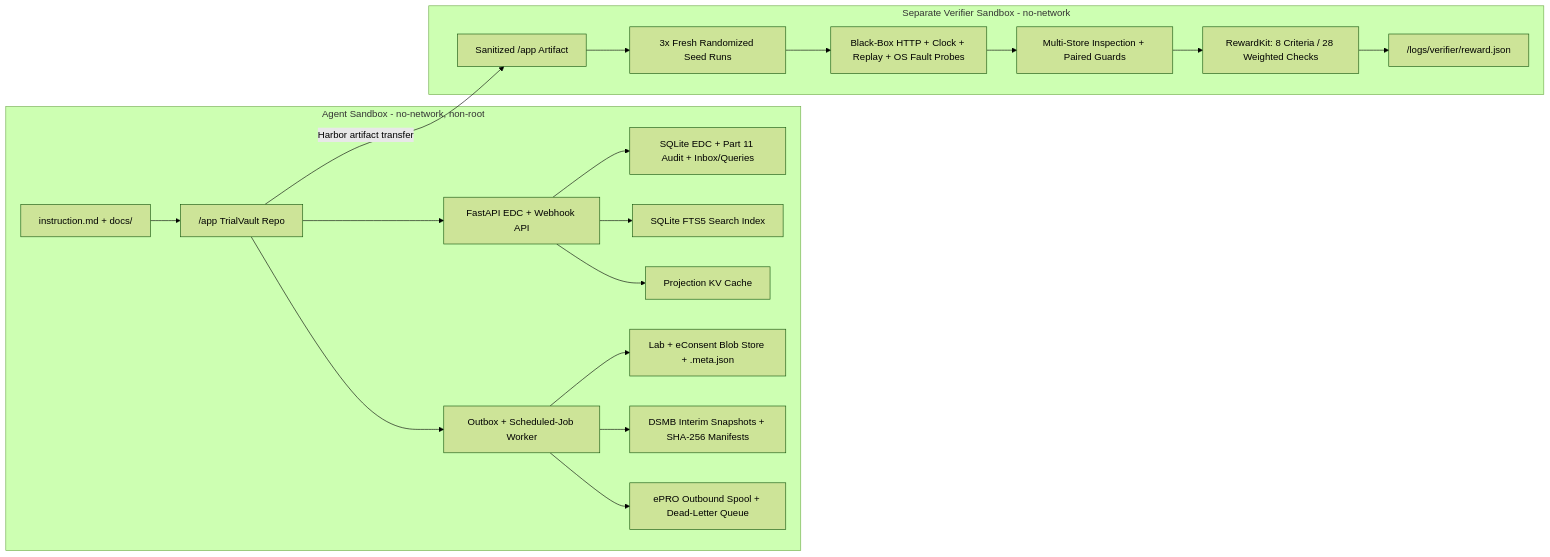
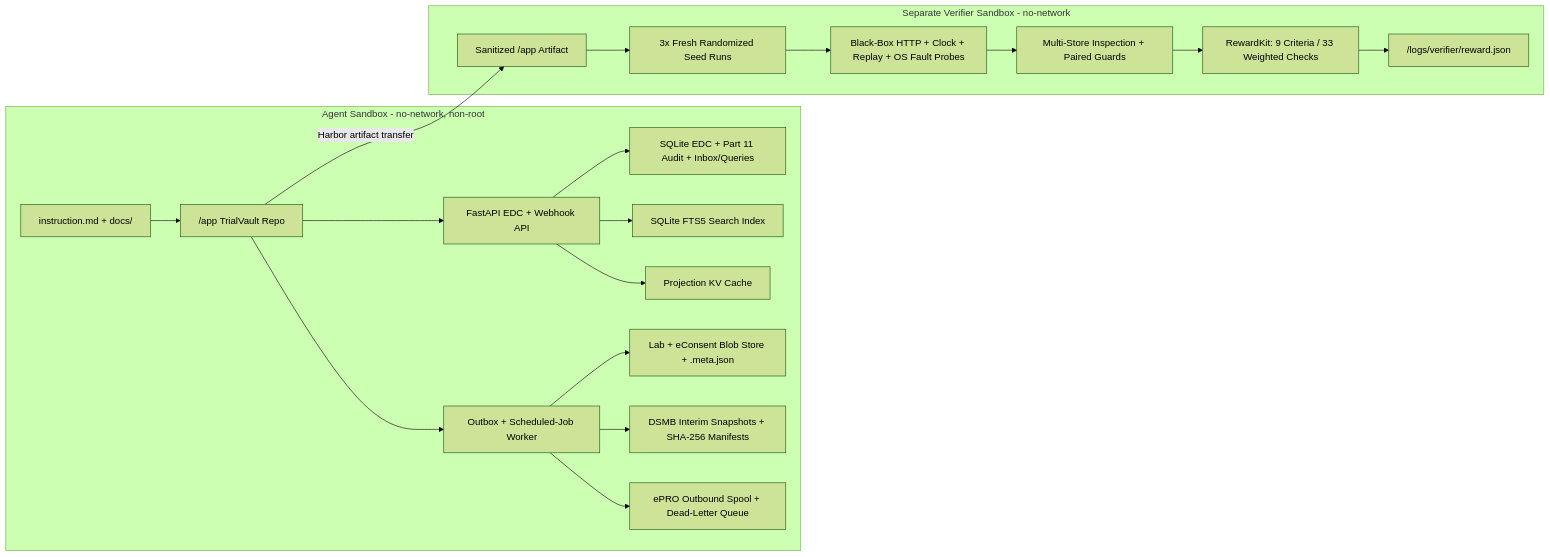
The diagram in README.md (Praneeth16/trialvault-rl-gym), drawn with Mermaid (forest theme) before and after one commit. The commit also changed other lines of this file and 55 other files, not shown here.

````diff
--- a/README.md
+++ b/README.md
@@ -17,24 +17,24 @@
 ```mermaid
 flowchart LR
   subgraph agentSandbox [Agent Sandbox - no-network, non-root]
     instr["instruction.md + docs/"] --> appCode["/app TrialVault Repo"]
     appCode --> apiSvc["FastAPI EDC + Webhook API"]
     appCode --> workerSvc["Outbox + Scheduled-Job Worker"]
     apiSvc --> edcDb["SQLite EDC + Part 11 Audit + Inbox/Queries"]
     apiSvc --> searchIdx["SQLite FTS5 Search Index"]
     apiSvc --> projCache["Projection KV Cache"]
     workerSvc --> blobStore["Lab + eConsent Blob Store + .meta.json"]
     workerSvc --> exportStore["DSMB Interim Snapshots + SHA-256 Manifests"]
     workerSvc --> notifSpool["ePRO Outbound Spool + Dead-Letter Queue"]
   end
 
   subgraph verifierSandbox [Separate Verifier Sandbox - no-network]
     artifactCopy["Sanitized /app Artifact"] --> seedRun["3x Fresh Randomized Seed Runs"]
     seedRun --> apiProbe["Black-Box HTTP + Clock + Replay + OS Fault Probes"]
     apiProbe --> storeAudit["Multi-Store Inspection + Paired Guards"]
-    storeAudit --> rewardKit["RewardKit: 8 Criteria / 28 Weighted Checks"]
+    storeAudit --> rewardKit["RewardKit: 9 Criteria / 33 Weighted Checks"]
     rewardKit --> rewardJson["/logs/verifier/reward.json"]
   end
 
   appCode -->|"Harbor artifact transfer"| artifactCopy
 ```
````
